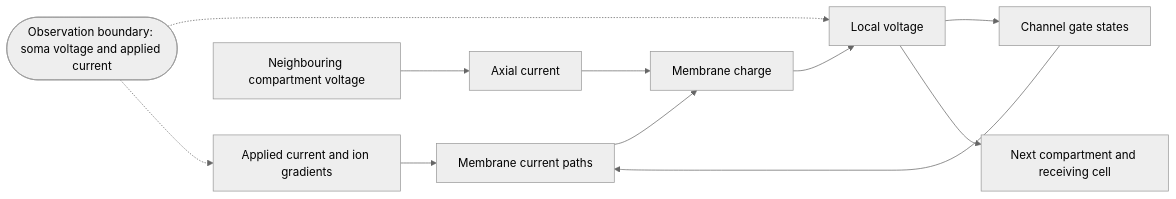
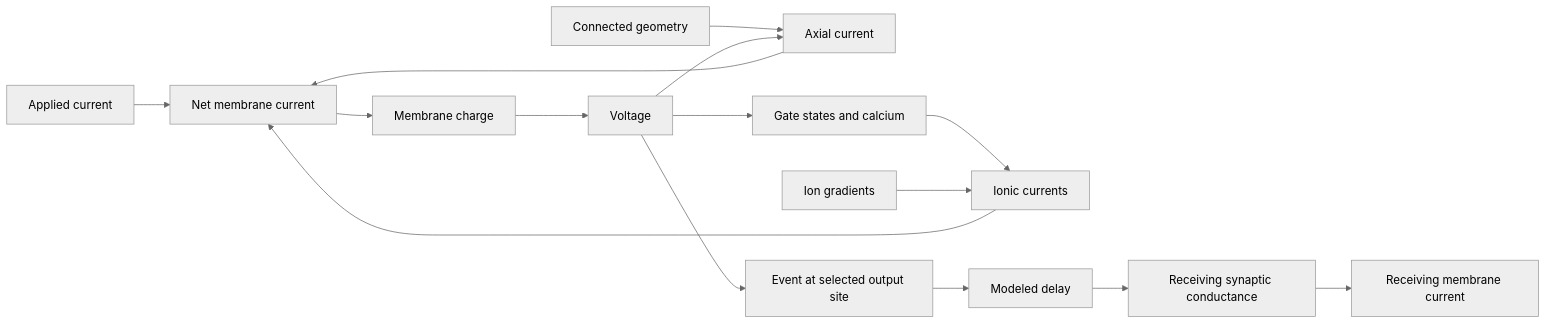
One commit to mithridatic/braintrace changed the diagram in docs/h01-causal-model.md. Above: the diagram before and after it, drawn with Mermaid (neutral theme). The commit also changed other lines of this file and 18 other files, not shown here.

````diff
--- a/docs/h01-causal-model.md
+++ b/docs/h01-causal-model.md
@@ -131,13 +117,17 @@
 ```mermaid
 flowchart LR
-    Source[Applied current and ion gradients] --> Currents[Membrane current paths]
-    Gates[Channel gate states] --> Currents
-    Currents --> Charge[Membrane charge]
-    Charge --> Voltage[Local voltage]
-    Voltage --> Gates
-    Neighbour[Neighbouring compartment voltage] --> Axial[Axial current]
-    Axial --> Charge
-    Voltage --> Next[Next compartment and receiving cell]
-    Boundary([Observation boundary: soma voltage and applied current]) -.-> Voltage
-    Boundary -.-> Source
+    Input[Applied current] --> Sum[Net membrane current]
+    Geometry[Connected geometry] --> Axial[Axial current]
+    Axial --> Sum
+    Gates[Gate states and calcium] --> Ionic[Ionic currents]
+    Gradient[Ion gradients] --> Ionic
+    Ionic --> Sum
+    Sum --> Charge[Membrane charge]
+    Charge --> V[Voltage]
+    V --> Gates
+    V --> Axial
+    V --> Event[Event at selected output site]
+    Event --> Delay[Modeled delay]
+    Delay --> Syn[Receiving synaptic conductance]
+    Syn --> Receiver[Receiving membrane current]
 ```
````
